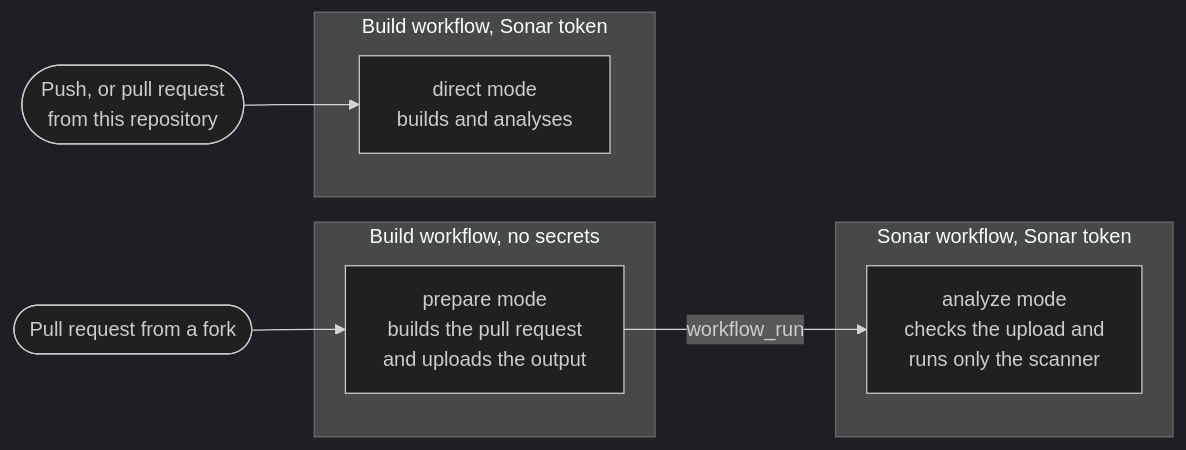
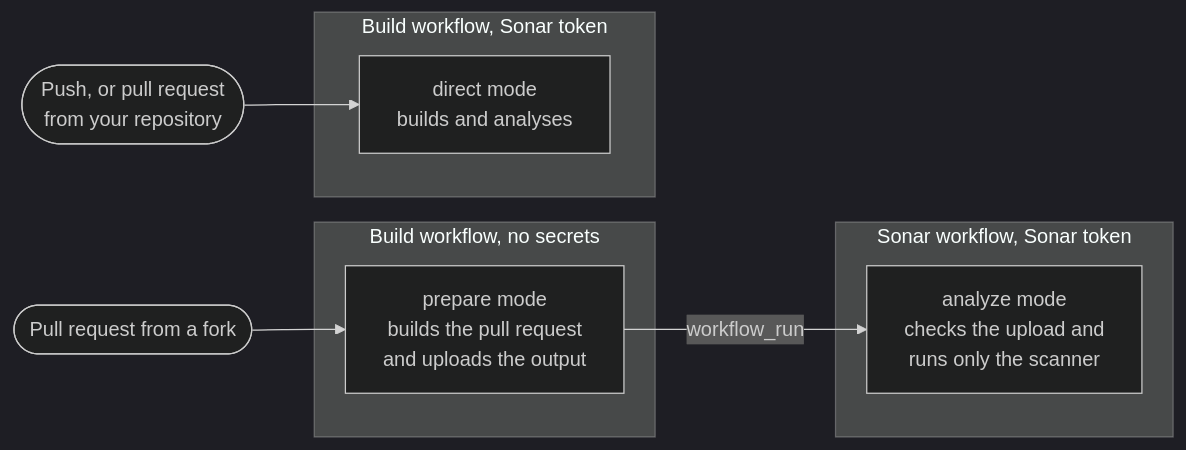
The diagram in README.md (EvaristeGalois11/sonar-fork-analysis), drawn with Mermaid (dark theme) before and after one commit. The commit also changed other lines of this file, not shown here.

Commit message:
Say your repository, not this one

````diff
--- a/README.md
+++ b/README.md
@@ -40,15 +40,15 @@
 ```mermaid
 flowchart LR
   fork(["Pull request from a fork"]) --> prepare
   subgraph build["Build workflow, no secrets"]
     prepare["prepare mode<br/>builds the pull request<br/>and uploads the output"]
   end
   prepare -- "workflow_run" --> analyze
   subgraph sonar["Sonar workflow, Sonar token"]
     analyze["analyze mode<br/>checks the upload and<br/>runs only the scanner"]
   end
-  own(["Push, or pull request<br/>from this repository"]) --> direct
+  own(["Push, or pull request<br/>from your repository"]) --> direct
   subgraph trusted["Build workflow, Sonar token"]
     direct["direct mode<br/>builds and analyses"]
   end
 ```
````
